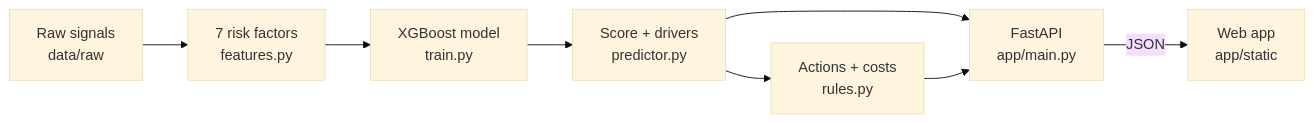
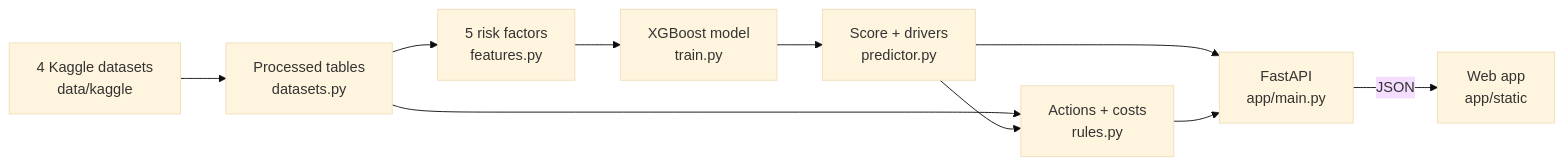
The diagram in README.md (shreya-anandhun/risklens), drawn with Mermaid (base theme) before and after one commit. The commit also changed other lines of this file and 44 other files, not shown here.

First line of the commit message:
Replace the dummy data with four Kaggle datasets

````diff
--- a/README.md
+++ b/README.md
@@ -75,10 +86,12 @@
 ```mermaid
 flowchart LR
-    A["Raw signals<br/>data/raw"] --> B["7 risk factors<br/>features.py"]
-    B --> C["XGBoost model<br/>train.py"]
-    C --> D["Score + drivers<br/>predictor.py"]
-    D --> E["Actions + costs<br/>rules.py"]
-    D --> F["FastAPI<br/>app/main.py"]
-    E --> F
-    F -->|JSON| G["Web app<br/>app/static"]
+    K["4 Kaggle datasets<br/>data/kaggle"] --> P["Processed tables<br/>datasets.py"]
+    P --> F["5 risk factors<br/>features.py"]
+    F --> M["XGBoost model<br/>train.py"]
+    M --> S["Score + drivers<br/>predictor.py"]
+    P --> R["Actions + costs<br/>rules.py"]
+    S --> R
+    S --> A["FastAPI<br/>app/main.py"]
+    R --> A
+    A -->|JSON| W["Web app<br/>app/static"]
 ```
````
